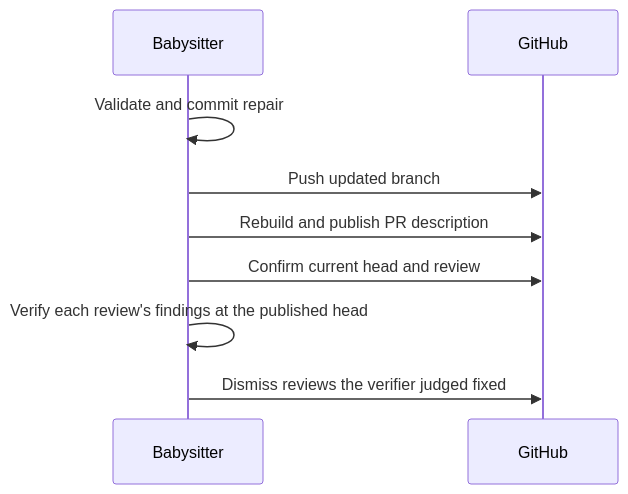
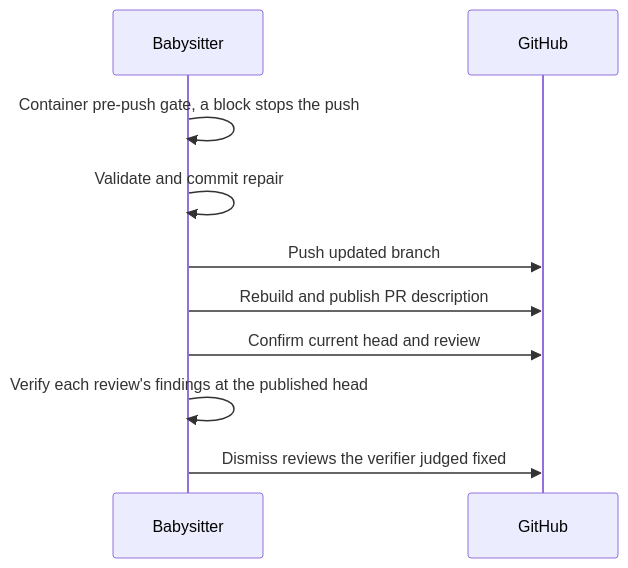
Before and after one commit to stSoftwareAU/VibeCoder: the first of 2 diagrams in docs/workflows/fleet-pr-babysitter.md, drawn with Mermaid. The commit also changed other lines of this file and 12 other files, not shown here.

````diff
--- a/docs/workflows/fleet-pr-babysitter.md
+++ b/docs/workflows/fleet-pr-babysitter.md
@@ -56,11 +59,12 @@
 ```mermaid
 sequenceDiagram
     participant B as Babysitter
     participant G as GitHub
+    B->>B: Container pre-push gate, a block stops the push
     B->>B: Validate and commit repair
     B->>G: Push updated branch
     B->>G: Rebuild and publish PR description
     B->>G: Confirm current head and review
     B->>B: Verify each review's findings at the published head
     B->>G: Dismiss reviews the verifier judged fixed
 ```
````
